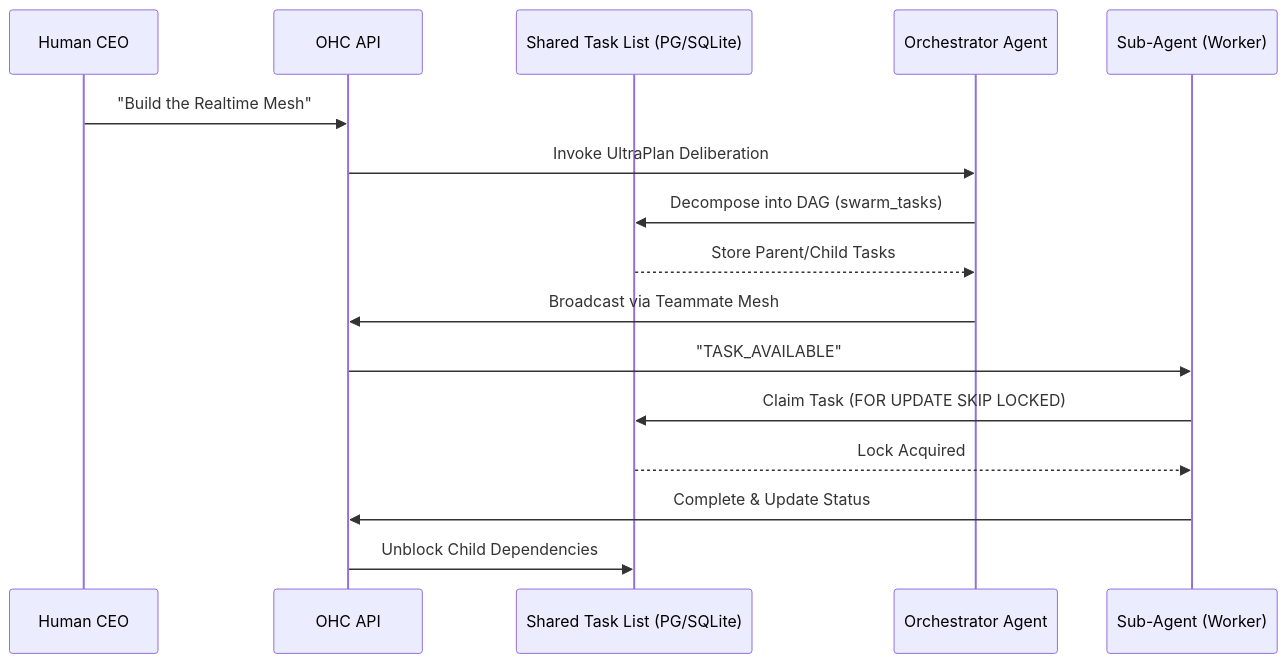
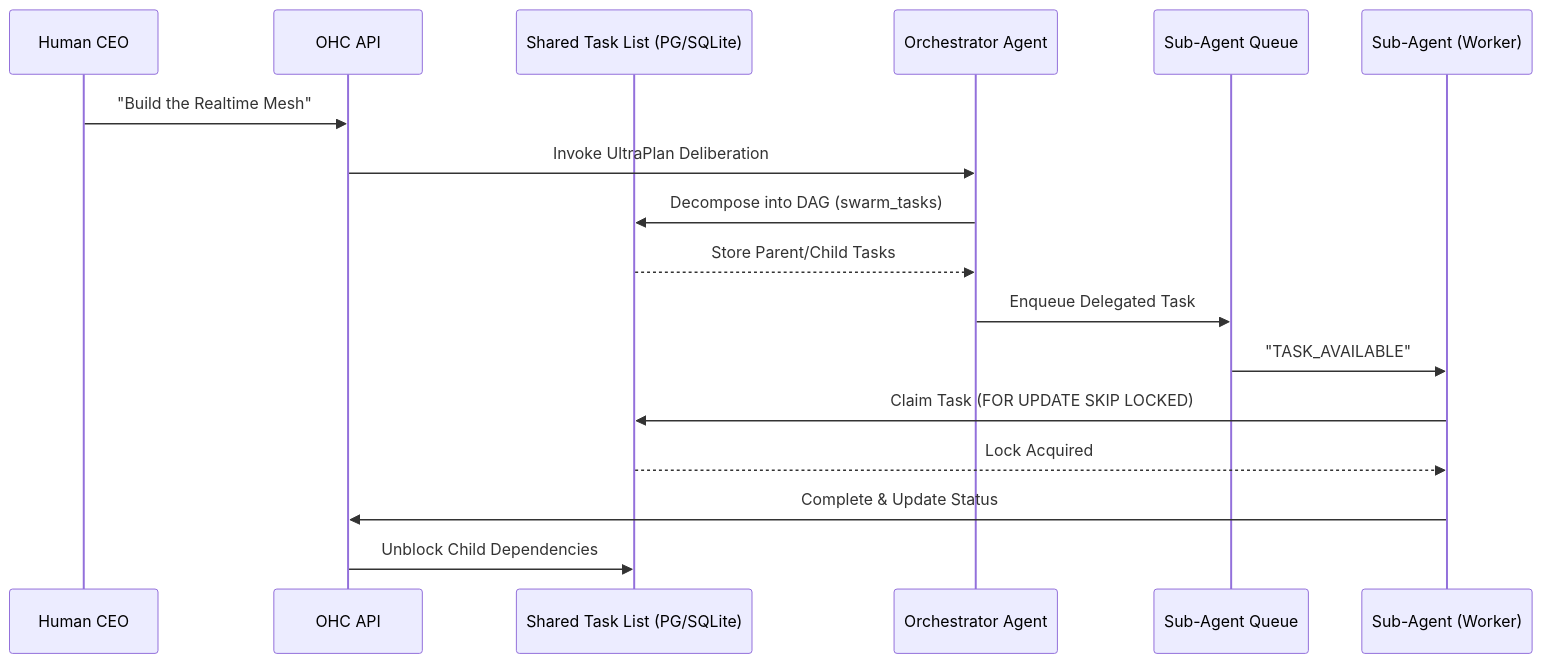
One commit to omnisolo-llc/onehumancorp changed the diagram in docs/KAIROS_ORCHESTRATOR_DESIGN.md. Above: the diagram before and after it, drawn with Mermaid. The commit also changed other lines of this file and 7 other files, not shown here.

````diff
--- a/docs/KAIROS_ORCHESTRATOR_DESIGN.md
+++ b/docs/KAIROS_ORCHESTRATOR_DESIGN.md
@@ -34,19 +46,20 @@
 ```mermaid
 sequenceDiagram
     participant CEO as Human CEO
     participant API as OHC API
     participant DB as Shared Task List (PG/SQLite)
     participant Planner as Orchestrator Agent
+    participant Queue as Sub-Agent Queue
     participant Worker as Sub-Agent (Worker)
 
     CEO->>API: "Build the Realtime Mesh"
     API->>Planner: Invoke UltraPlan Deliberation
     Planner->>DB: Decompose into DAG (swarm_tasks)
     DB-->>Planner: Store Parent/Child Tasks
-    Planner->>API: Broadcast via Teammate Mesh
-    API->>Worker: "TASK_AVAILABLE"
+    Planner->>Queue: Enqueue Delegated Task
+    Queue->>Worker: "TASK_AVAILABLE"
     Worker->>DB: Claim Task (FOR UPDATE SKIP LOCKED)
     DB-->>Worker: Lock Acquired
     Worker->>API: Complete & Update Status
     API->>DB: Unblock Child Dependencies
 ```
````
